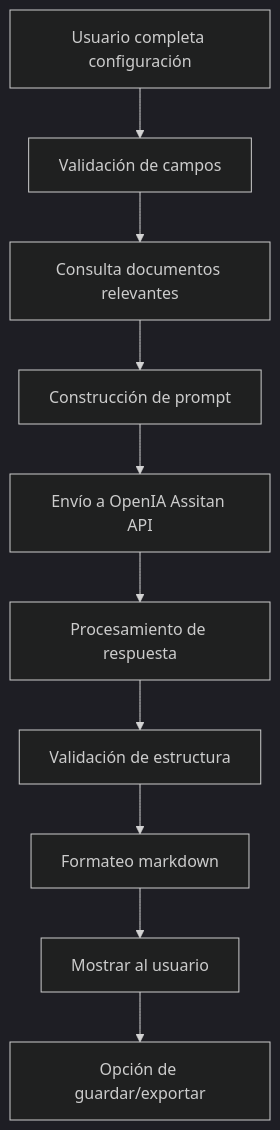
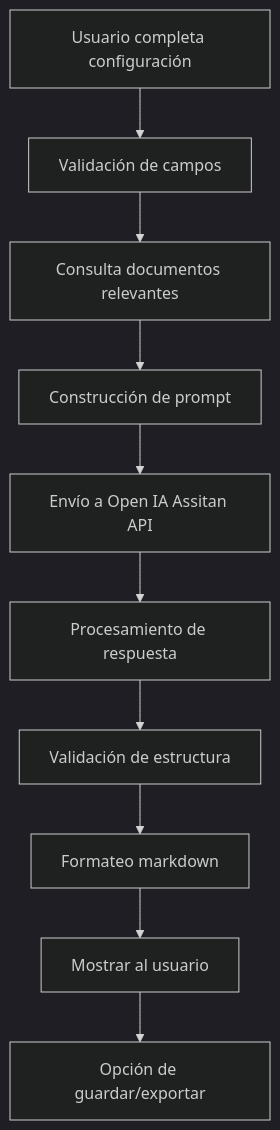
Before and after one commit to Curriaga2002/tutor-agente-ia: the third of 6 diagrams in README.md, drawn with Mermaid (dark theme). The commit also changed other lines of this file, not shown here.

````diff
--- a/README.md
+++ b/README.md
@@ -171,12 +171,12 @@
 ```mermaid
 flowchart TD
     A[Usuario completa configuración] --> B[Validación de campos]
     B --> C[Consulta documentos relevantes]
     C --> D[Construcción de prompt]
-    D --> E[Envío a OpenIA Assitan API]
+    D --> E[Envío a Open IA Assitan API]
     E --> F[Procesamiento de respuesta]
     F --> G[Validación de estructura]
     G --> H[Formateo markdown]
     H --> I[Mostrar al usuario]
     I --> J[Opción de guardar/exportar]
 ```
````
